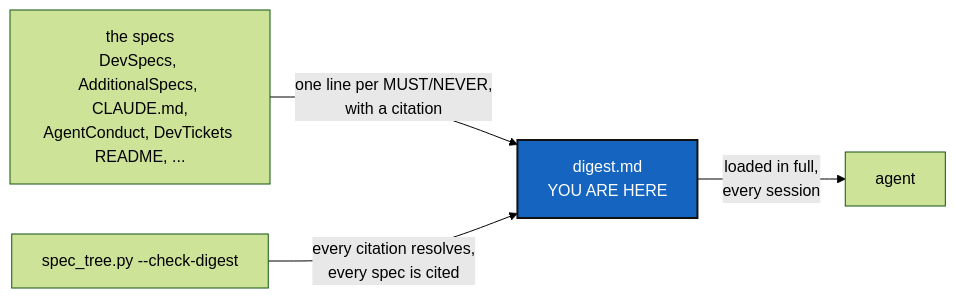
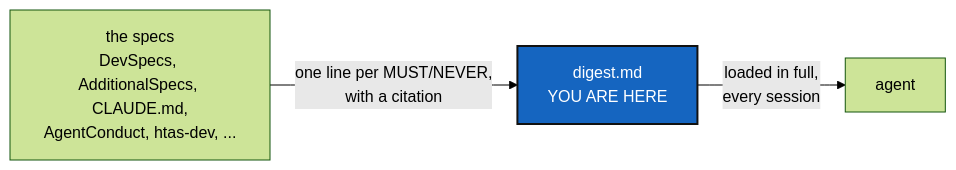
One commit to flipoyo/.localSpec changed the diagram in digest.md. Above: the diagram before and after it, drawn with Mermaid (forest theme). The commit also changed other lines of this file and 4 other files, not shown here.

````diff
--- a/digest.md
+++ b/digest.md
@@ -39,9 +27,8 @@
 ```mermaid
 graph LR
-    S["the specs<br/>DevSpecs, AdditionalSpecs, CLAUDE.md,<br/>AgentConduct, DevTickets README, ..."] -->|"one line per MUST/NEVER,<br/>with a citation"| D["digest.md<br/>YOU ARE HERE"]
+    S["the specs<br/>DevSpecs, AdditionalSpecs, CLAUDE.md,<br/>AgentConduct, htas-dev, ..."] -->|"one line per MUST/NEVER,<br/>with a citation"| D["digest.md<br/>YOU ARE HERE"]
     D -->|"loaded in full,<br/>every session"| A["agent"]
-    C["spec_tree.py --check-digest"] -->|"every citation resolves,<br/>every spec is cited"| D
 
     classDef here fill:#1565C0,color:#fff,stroke:#111,stroke-width:2px;
     class D here;
 ```
````
